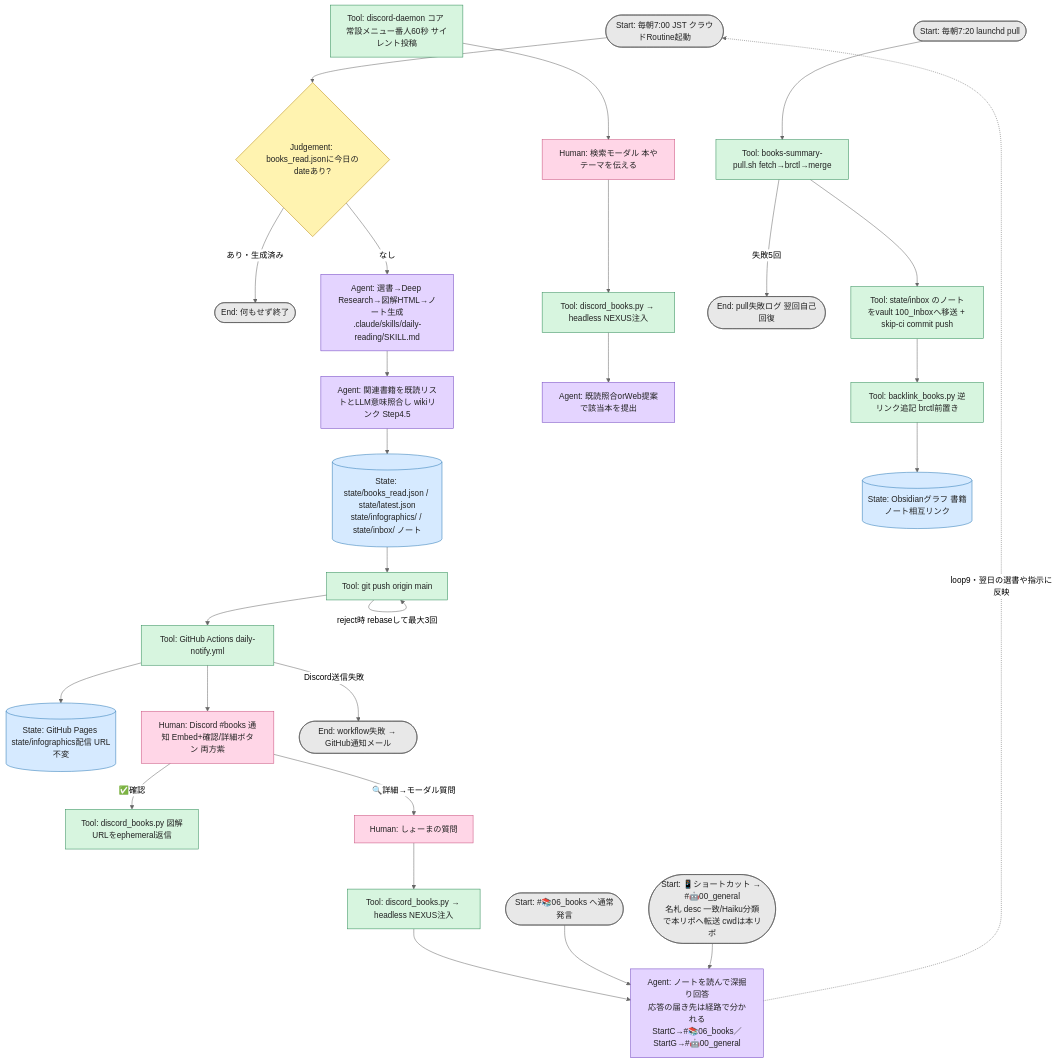
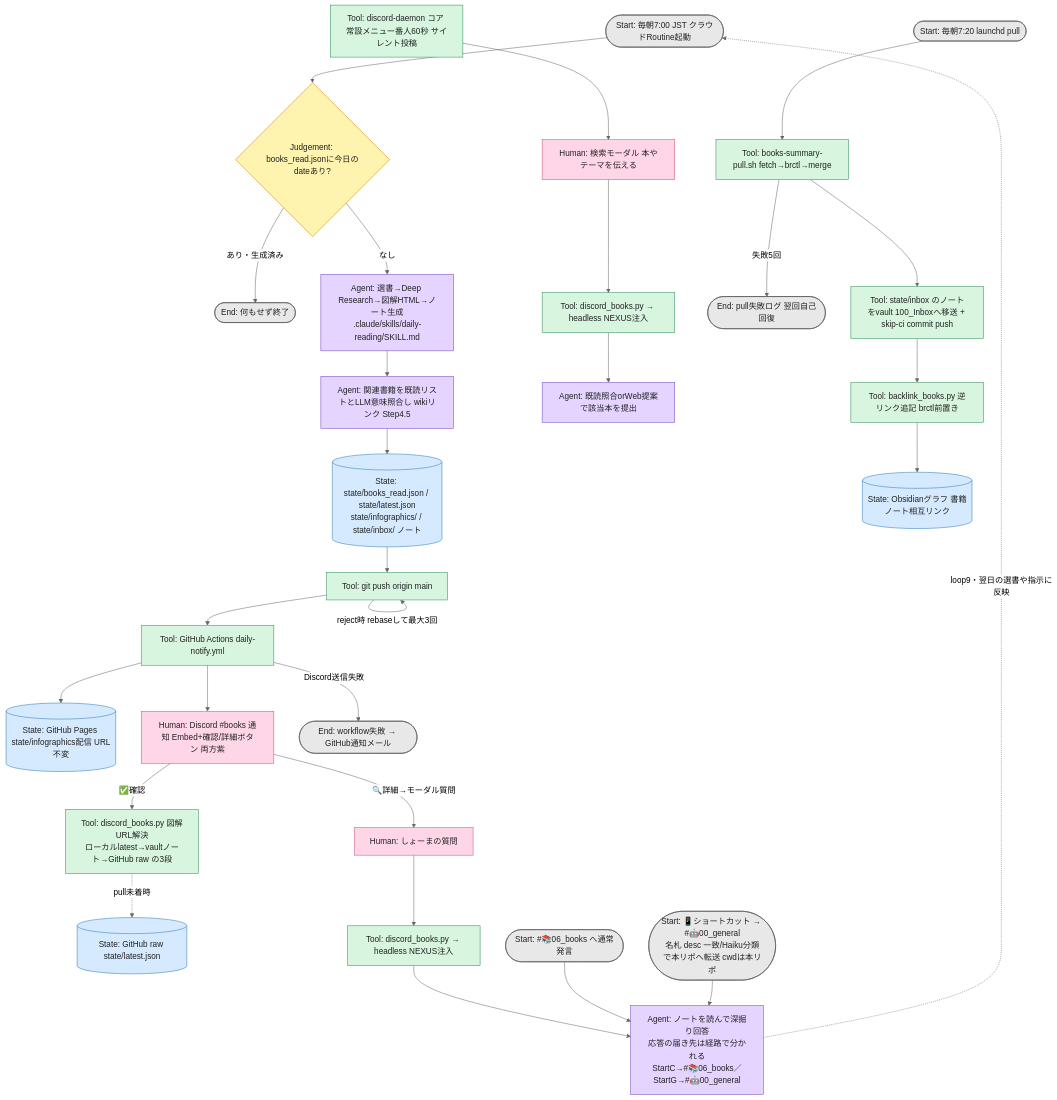
One commit to oshomadesse/books-summary changed the first of 2 diagrams in README.md. Above: the diagram before and after it, drawn with Mermaid (neutral theme). The commit also changed other lines of this file and 2 other files, not shown here.

First line of the commit message:
🔗 ✅確認の図解URL解決にリモートlatest.jsonフォールバックを追加

````diff
--- a/README.md
+++ b/README.md
@@ -63,38 +67,39 @@
 ```mermaid
 flowchart TD
     %% この図はHumanがグラフを監視する唯一の場所。Node・Edge・Loop・State変更時は同じpushで必ず更新する（.claude/rules/docs-sync.md）。
     Start([Start: 毎朝7:00 JST クラウドRoutine起動]):::startend --> G{Judgement: books_read.jsonに今日のdateあり?}:::judgement
     G -->|あり・生成済み| EndSkip([End: 何もせず終了]):::startend
     G -->|なし| A["Agent: 選書→Deep Research→図解HTML→ノート生成<br>.claude/skills/daily-reading/SKILL.md"]:::agent
     A --> L[Agent: 関連書籍を既読リストとLLM意味照合し wikiリンク Step4.5]:::agent
     L --> SR[("State: state/books_read.json / state/latest.json<br>state/infographics/ / state/inbox/ ノート")]:::state
     SR --> P[Tool: git push origin main]:::tool
     P -->|reject時 rebaseして最大3回| P
     P --> W[Tool: GitHub Actions daily-notify.yml]:::tool
     W --> PG[(State: GitHub Pages state/infographics配信 URL不変)]:::state
     W --> DN[Human: Discord #books 通知 Embed+確認/詳細ボタン 両方紫]:::human
-    DN -->|✅確認| CF[Tool: discord_books.py 図解URLをephemeral返信]:::tool
+    DN -->|✅確認| CF[Tool: discord_books.py 図解URL解決<br>ローカルlatest→vaultノート→GitHub raw の3段]:::tool
+    CF -.->|pull未着時| GR[(State: GitHub raw state/latest.json)]:::state
     MK[Tool: discord-daemon コア 常設メニュー番人60秒 サイレント投稿]:::tool --> SM[Human: 検索モーダル 本やテーマを伝える]:::human
     SM --> DB2[Tool: discord_books.py → headless NEXUS注入]:::tool
     DB2 --> SA[Agent: 既読照合orWeb提案で該当本を提出]:::agent
     W -->|Discord送信失敗| ErrW([End: workflow失敗 → GitHub通知メール]):::startend
     Start2([Start: 毎朝7:20 launchd pull]):::startend --> PU[Tool: books-summary-pull.sh fetch→brctl→merge]:::tool
     PU -->|失敗5回| ErrP([End: pull失敗ログ 翌回自己回復]):::startend
     PU --> MV[Tool: state/inbox のノートをvault 100_Inboxへ移送 + skip-ci commit push]:::tool
     MV --> BL[Tool: backlink_books.py 逆リンク追記 brctl前置き]:::tool
     BL --> OB[(State: Obsidianグラフ 書籍ノート相互リンク)]:::state
     DN -->|🔍詳細→モーダル質問| HD[Human: しょーまの質問]:::human
     HD --> DB[Tool: discord_books.py → headless NEXUS注入]:::tool
     DB --> DA[Agent: ノートを読んで深掘り回答<br>応答の届き先は経路で分かれる<br>StartC→#📚06_books／StartG→#🤖00_general]:::agent
     StartC([Start: #📚06_books へ通常発言]):::startend --> DA
     StartG([Start: 📱ショートカット → #🤖00_general<br>名札 desc 一致/Haiku分類で本リポへ転送 cwdは本リポ]):::startend --> DA
     DA -.->|loop9・翌日の選書や指示に反映| Start
 
     classDef agent fill:#e4d4ff,stroke:#6f42c1,color:#222
     classDef tool fill:#d7f5df,stroke:#2e8b57,color:#222
     classDef human fill:#ffd6e7,stroke:#c94f7c,color:#222
     classDef evaluator fill:#ffe0b2,stroke:#d97706,color:#222
     classDef state fill:#d6eaff,stroke:#2878b5,color:#222
     classDef judgement fill:#fff3b0,stroke:#b8860b,color:#222
     classDef startend fill:#e8e8e8,stroke:#555,color:#222
 ```
````
